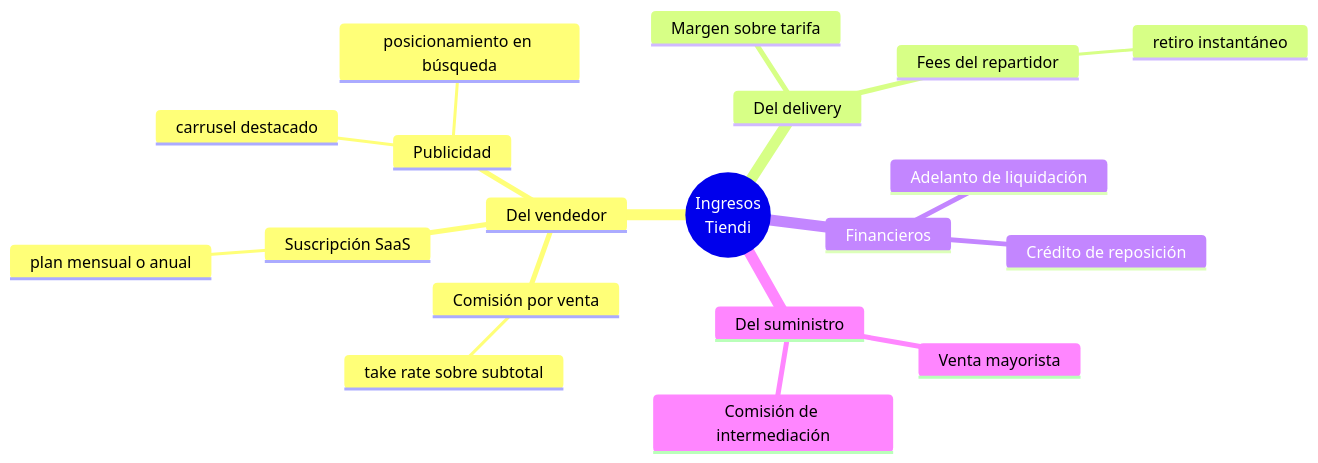
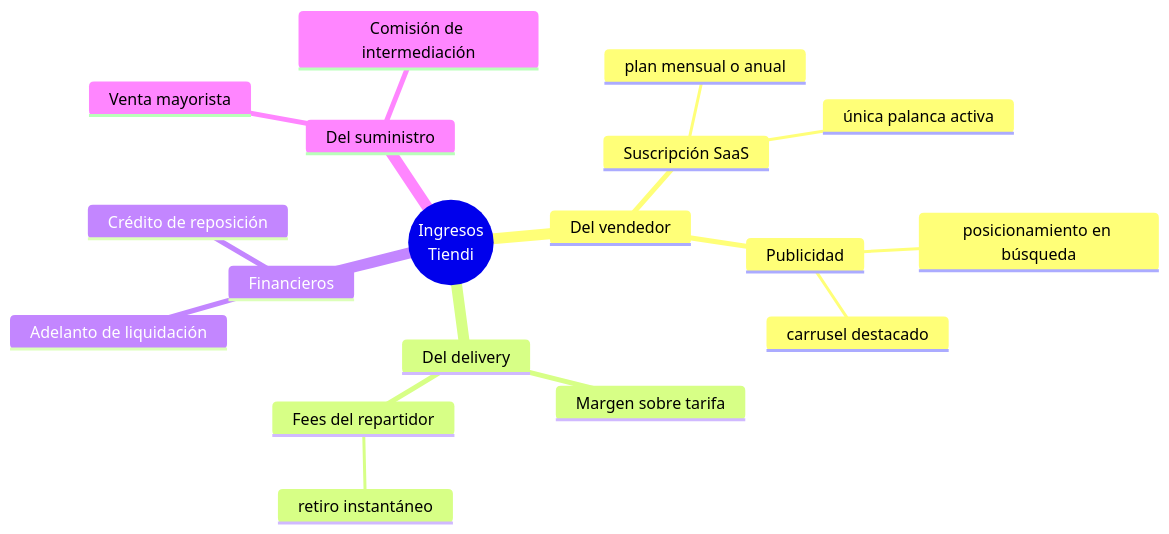
One commit to kanoso/ecommcerce-saas-sonet changed the second of 14 diagrams in DOCS/MODELO_NEGOCIO.md. Above: the diagram before and after it, drawn with Mermaid. The commit also changed other lines of this file and 2 other files, not shown here.

First line of the commit message:
docs(negocio): monetizacion por suscripcion - checklist completo

````diff
--- a/DOCS/MODELO_NEGOCIO.md
+++ b/DOCS/MODELO_NEGOCIO.md
@@ -135,22 +178,21 @@
 ```mermaid
 mindmap
   root((Ingresos<br/>Tiendi))
     Del vendedor
-      Comisión por venta
-        take rate sobre subtotal
       Suscripción SaaS
         plan mensual o anual
+        única palanca activa
       Publicidad
         posicionamiento en búsqueda
         carrusel destacado
     Del delivery
       Margen sobre tarifa
       Fees del repartidor
         retiro instantáneo
     Financieros
       Adelanto de liquidación
       Crédito de reposición
     Del suministro
       Venta mayorista
       Comisión de intermediación
 ```
````
